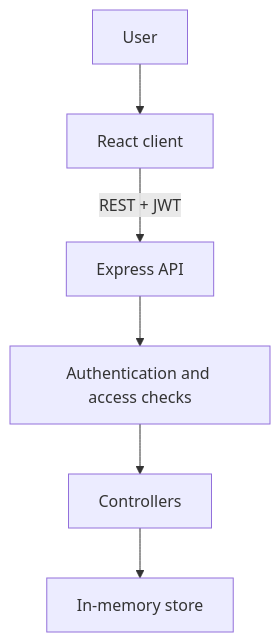
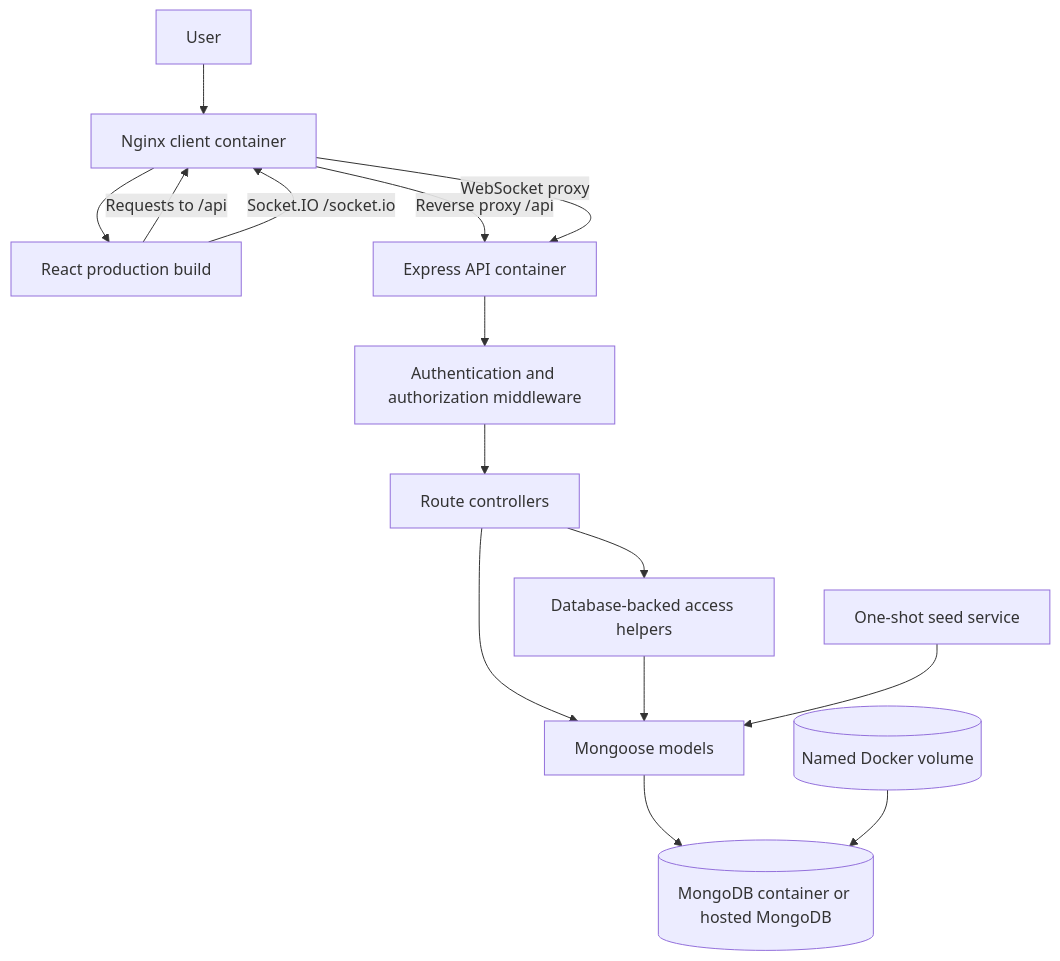
Before and after one commit to SanukaWaravita/collaboard: the diagram in README.md, drawn with Mermaid. The commit also changed other lines of this file and 143 other files, not shown here.

````diff
--- a/README.md
+++ b/README.md
@@ -435,8 +821,17 @@
 ```mermaid
 flowchart TD
-    User[User] --> Client[React client]
-    Client -->|REST + JWT| API[Express API]
-    API --> Auth[Authentication and access checks]
-    Auth --> Controllers[Controllers]
-    Controllers --> Store[In-memory store]
+    User[User] --> Nginx[Nginx client container]
+    Nginx --> Client[React production build]
+    Client -->|Requests to /api| Nginx
+    Nginx -->|Reverse proxy /api| API[Express API container]
+    Client -->|Socket.IO /socket.io| Nginx
+    Nginx -->|WebSocket proxy| API
+    API --> Middleware[Authentication and authorization middleware]
+    Middleware --> Controllers[Route controllers]
+    Controllers --> Access[Database-backed access helpers]
+    Controllers --> Models[Mongoose models]
+    Access --> Models
+    Models --> MongoDB[(MongoDB container or hosted MongoDB)]
+    Seed[One-shot seed service] --> Models
+    Volume[(Named Docker volume)] --> MongoDB
 ```
````
